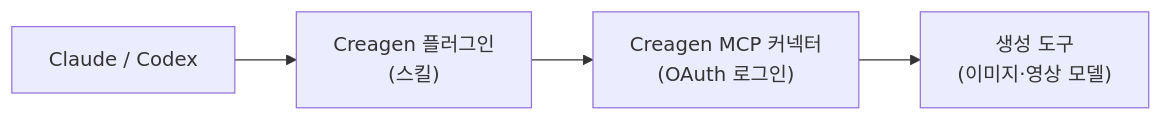
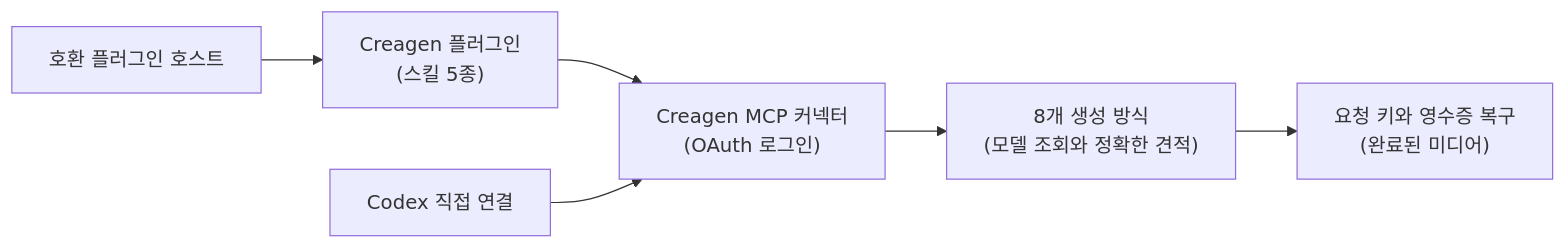
Before and after one commit to pioncorp/creagen-plugin: the diagram in README.ko.md, drawn with Mermaid. The commit also changed other lines of this file and 16 other files, not shown here.

````diff
--- a/README.ko.md
+++ b/README.ko.md
@@ -80,6 +80,8 @@
 ```mermaid
 flowchart LR
-  A["Claude / Codex"] --> B["Creagen 플러그인<br/>(스킬)"]
+  A["호환 플러그인 호스트"] --> B["Creagen 플러그인<br/>(스킬 5종)"]
   B --> C["Creagen MCP 커넥터<br/>(OAuth 로그인)"]
-  C --> D["생성 도구<br/>(이미지·영상 모델)"]
+  X["Codex 직접 연결"] --> C
+  C --> D["8개 생성 방식<br/>(모델 조회와 정확한 견적)"]
+  D --> E["요청 키와 영수증 복구<br/>(완료된 미디어)"]
 ```
````
